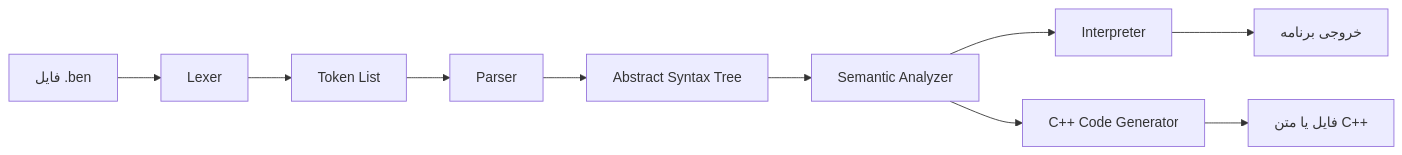
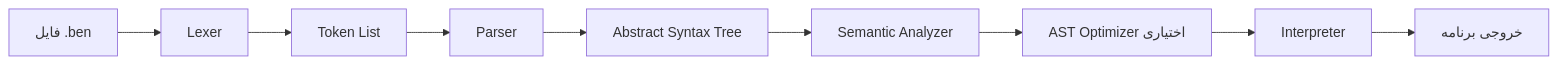
Before and after one commit to iarash84/Benita: the diagram in docs/Wiki.md, drawn with Mermaid. The commit also changed other lines of this file and 22 other files, not shown here.

````diff
--- a/docs/Wiki.md
+++ b/docs/Wiki.md
@@ -34,12 +31,11 @@
 ```mermaid
 flowchart LR
     Source[فایل .ben] --> Lexer[Lexer]
     Lexer --> Tokens[Token List]
     Tokens --> Parser[Parser]
     Parser --> AST[Abstract Syntax Tree]
     AST --> Semantic[Semantic Analyzer]
-    Semantic --> Interpreter[Interpreter]
-    Semantic --> Generator[C++ Code Generator]
+    Semantic --> Optimizer[AST Optimizer اختیاری]
+    Optimizer --> Interpreter[Interpreter]
     Interpreter --> Result[خروجی برنامه]
-    Generator --> Cpp[فایل یا متن C++]
 ```
````
